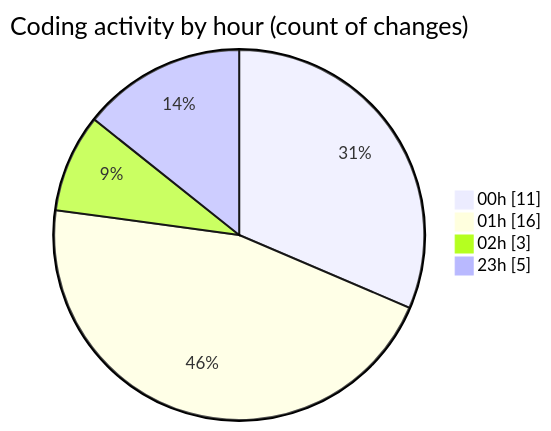
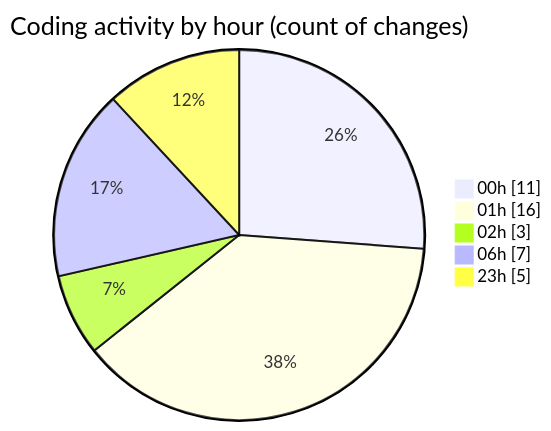
One commit to Elitesun/code-tracking changed the second of 2 diagrams in 2025-02-21/projet/README.md. Above: the diagram before and after it, drawn with Mermaid. The commit also changed other lines of this file and 1 other file, not shown here.

````diff
--- a/2025-02-21/projet/README.md
+++ b/2025-02-21/projet/README.md
@@ -36,8 +37,9 @@
 ```mermaid
 pie showData
 title Coding activity by hour (count of changes)
 "00h" : 11
 "01h" : 16
 "02h" : 3
+"06h" : 7
 "23h" : 5
 ```
````
